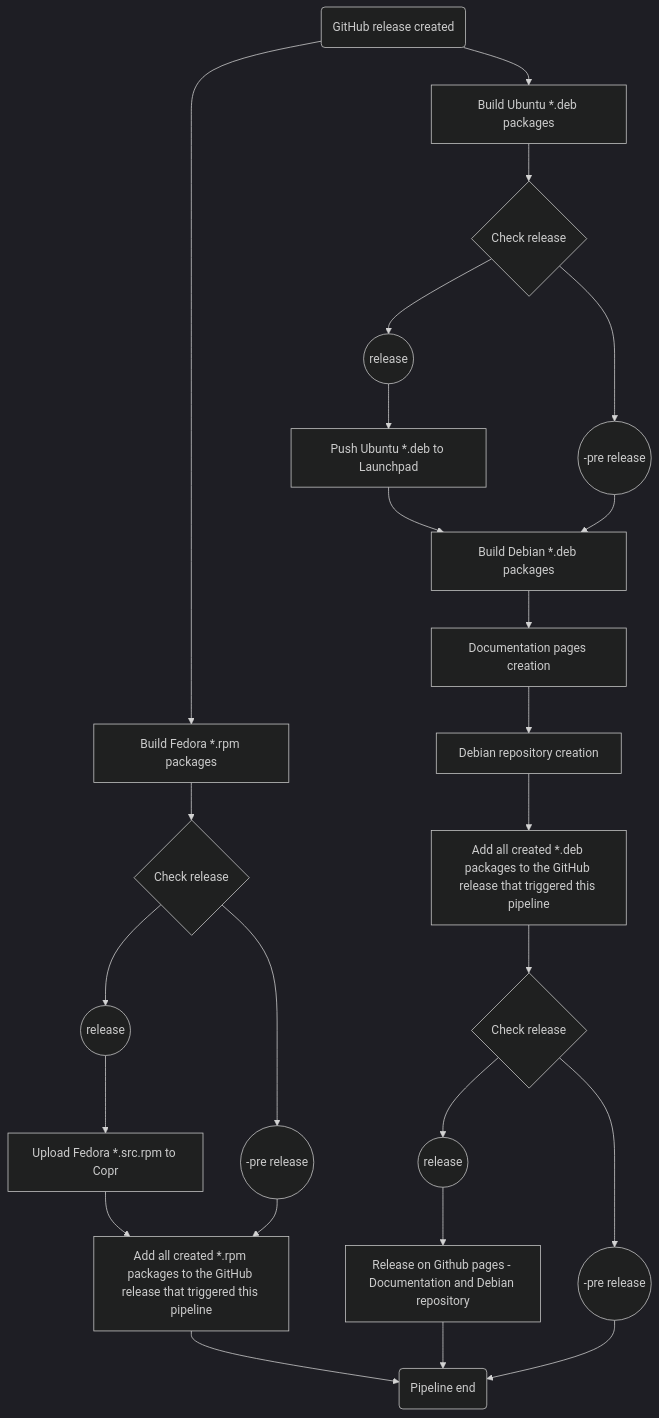
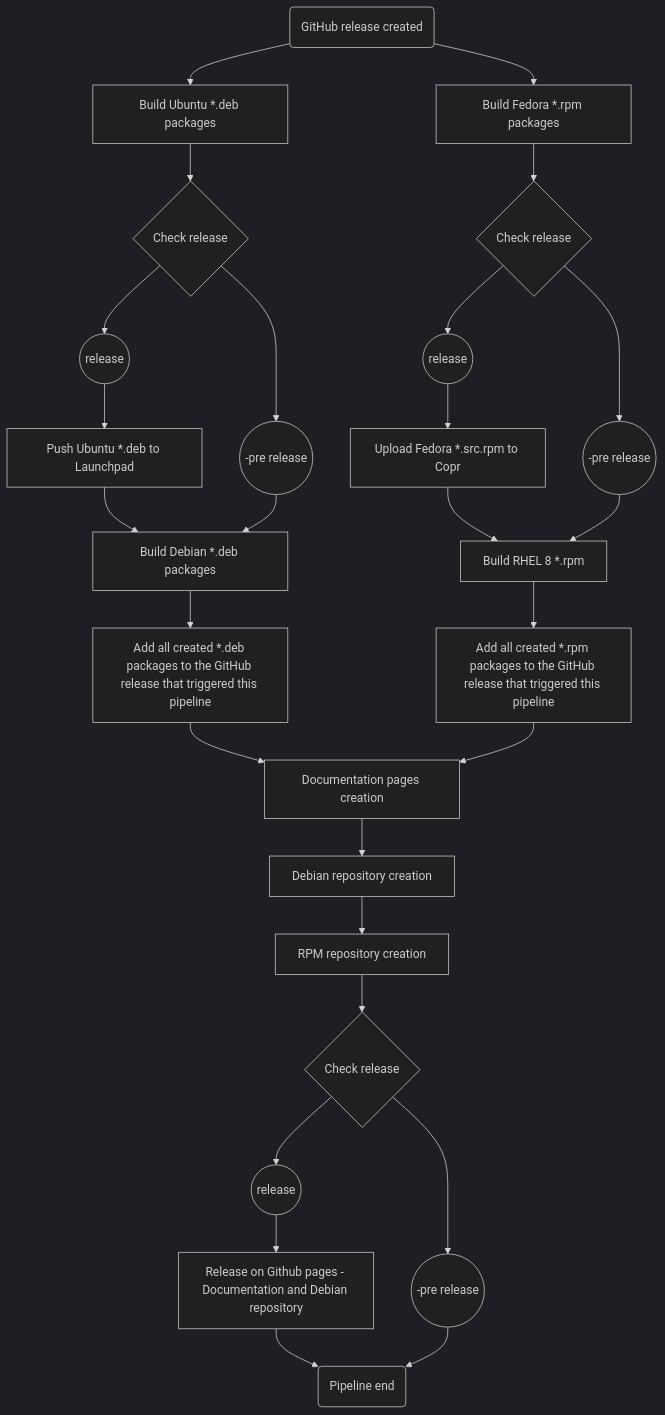
The second of 2 diagrams in docs/DeveloperDocs/ActionsAndReleases.md (imker25/samba_exporter), drawn with Mermaid before and after one commit.

Commit message:
Update release workflow docs

````diff
--- a/docs/DeveloperDocs/ActionsAndReleases.md
+++ b/docs/DeveloperDocs/ActionsAndReleases.md
@@ -46,58 +46,64 @@
 ```mermaid
 %%{init: {'theme':'dark'}}%%
 graph TD;
     release(GitHub release created)
     buildUbuntu[Build Ubuntu *.deb packages]
     buildDebian[Build Debian *.deb packages]
     docs[Documentation pages creation]
-    repo[Debian repository creation]
+    repoDeb[Debian repository creation]
     releaseUbuntuLP[Push Ubuntu *.deb to Launchpad]
     releaseGH-Deb[Add all created *.deb packages to the GitHub release that triggered this pipeline]
     pagesRelease[Release on Github pages - Documentation and Debian repository]
     done(Pipeline end)
     checkRelease1{Check release}
     preRelease1(( -pre release))
     fullRelease1((release))
 
     checkRelease3{Check release}
     preRelease3(( -pre release))
     fullRelease3((release))
 
     buildFedora[Build Fedora *.rpm packages]
 
     checkRelease4{Check release}
     preRelease4(( -pre release))
     fullRelease4((release))
     uploadCopr[Upload Fedora *.src.rpm to Copr]
+    buildRHEL[Build RHEL 8 *.rpm]
 
     releaseGH-Rpm[Add all created *.rpm packages to the GitHub release that triggered this pipeline]
+    repoRpm[RPM repository creation]
 
     release-->buildUbuntu
     buildUbuntu-->checkRelease1
     checkRelease1-->preRelease1
     checkRelease1-->fullRelease1
     fullRelease1-->releaseUbuntuLP
     releaseUbuntuLP-->buildDebian
     preRelease1 --> buildDebian
 
-    buildDebian-->docs
-    docs-->repo
-    repo-->releaseGH-Deb
-    releaseGH-Deb-->checkRelease3
-
-    checkRelease3-->preRelease3
-    checkRelease3-->fullRelease3
-    fullRelease3-->pagesRelease
+    buildDebian-->releaseGH-Deb
+    releaseGH-Deb-->docs
+ 
 
     release-->buildFedora
     buildFedora-->checkRelease4
     checkRelease4-->preRelease4
     checkRelease4-->fullRelease4
     fullRelease4-->uploadCopr
-    uploadCopr-->releaseGH-Rpm
-    preRelease4-->releaseGH-Rpm
-    releaseGH-Rpm-->done
+    uploadCopr-->buildRHEL
+    preRelease4-->buildRHEL
+    buildRHEL-->releaseGH-Rpm
+    releaseGH-Rpm-->docs
+    
+    docs-->repoDeb
+    repoDeb-->repoRpm
+    repoRpm-->checkRelease3
+
+    checkRelease3-->preRelease3
+    checkRelease3-->fullRelease3
+    fullRelease3-->pagesRelease
 
     pagesRelease-->done
     preRelease3-->done
 ```
````
